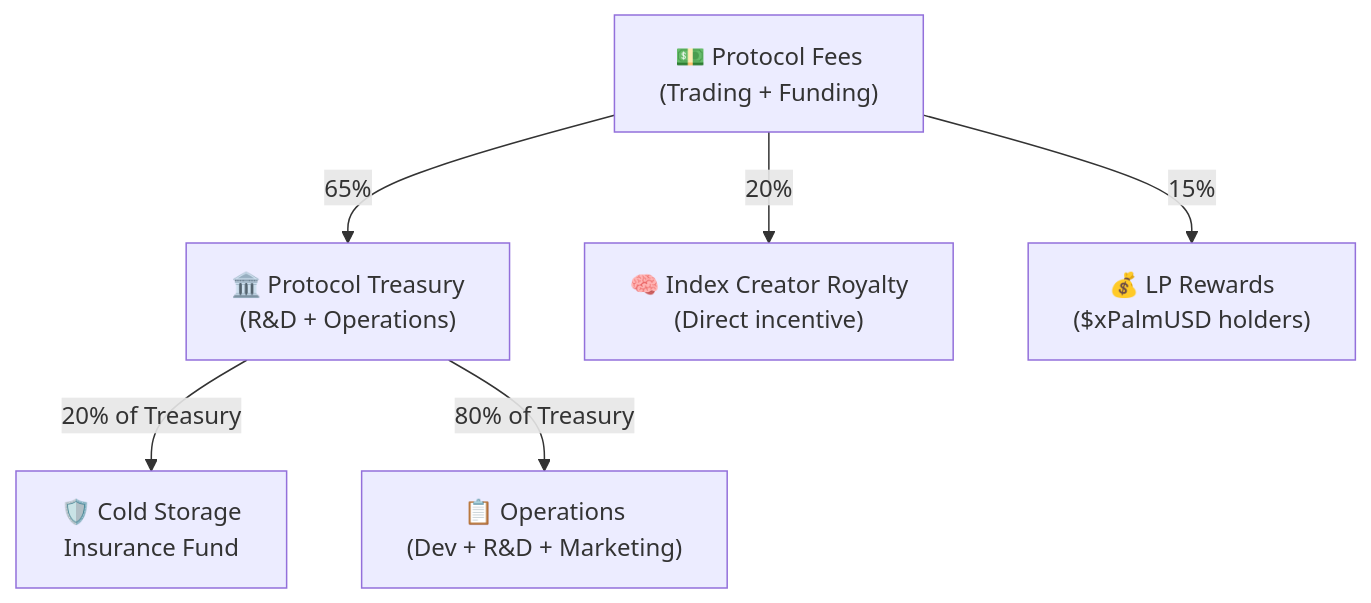
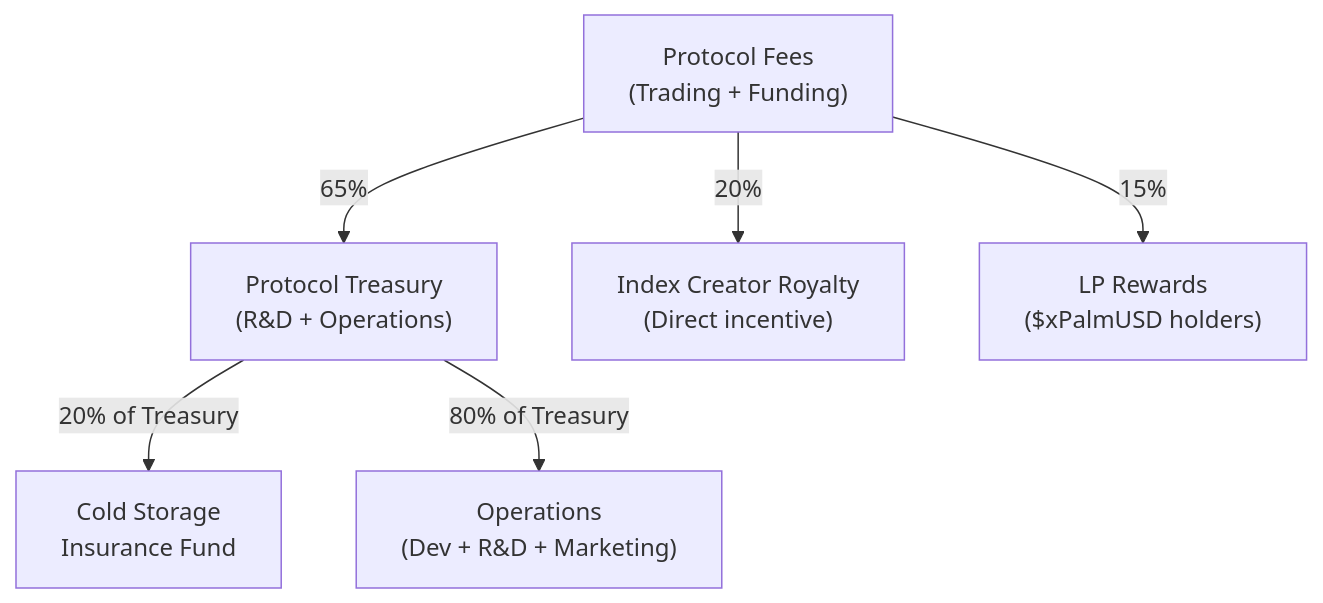
One commit to thetruesammyjay/Percorium changed the sixth of 7 diagrams in README.md. Above: the diagram before and after it, drawn with Mermaid. The commit also changed other lines of this file and 2 other files, not shown here.

````diff
--- a/README.md
+++ b/README.md
@@ -263,11 +263,11 @@
 ```mermaid
 graph TD
-    Fees["💵 Protocol Fees\n(Trading + Funding)"]
+    Fees["Protocol Fees\n(Trading + Funding)"]
     
-    Fees -->|"65%"| Treasury["🏛️ Protocol Treasury\n(R&D + Operations)"]
-    Fees -->|"20%"| Creator["🧠 Index Creator Royalty\n(Direct incentive)"]
-    Fees -->|"15%"| LP["💰 LP Rewards\n($xPalmUSD holders)"]
+    Fees -->|"65%"| Treasury["Protocol Treasury\n(R&D + Operations)"]
+    Fees -->|"20%"| Creator["Index Creator Royalty\n(Direct incentive)"]
+    Fees -->|"15%"| LP["LP Rewards\n($xPalmUSD holders)"]
     
-    Treasury -->|"20% of Treasury"| InsuranceFund["🛡️ Cold Storage\nInsurance Fund"]
-    Treasury -->|"80% of Treasury"| Ops["📋 Operations\n(Dev + R&D + Marketing)"]
+    Treasury -->|"20% of Treasury"| InsuranceFund["Cold Storage\nInsurance Fund"]
+    Treasury -->|"80% of Treasury"| Ops["Operations\n(Dev + R&D + Marketing)"]
 ```
````
